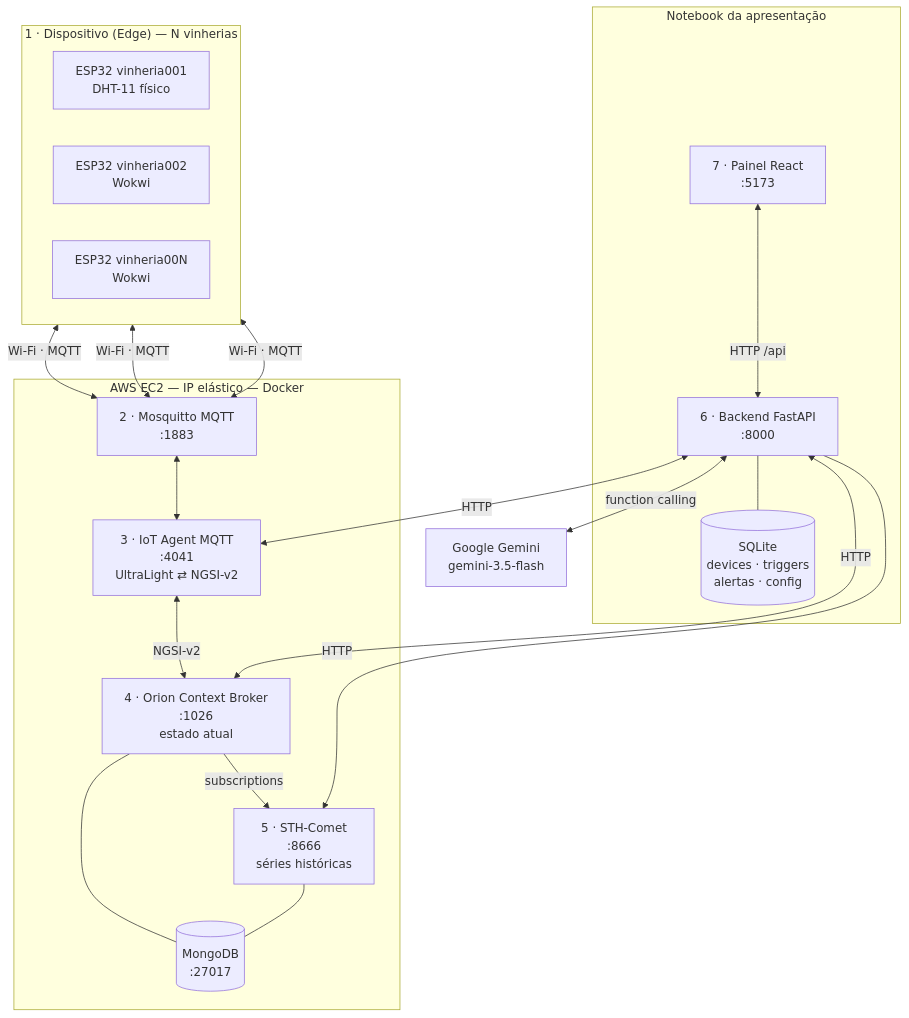
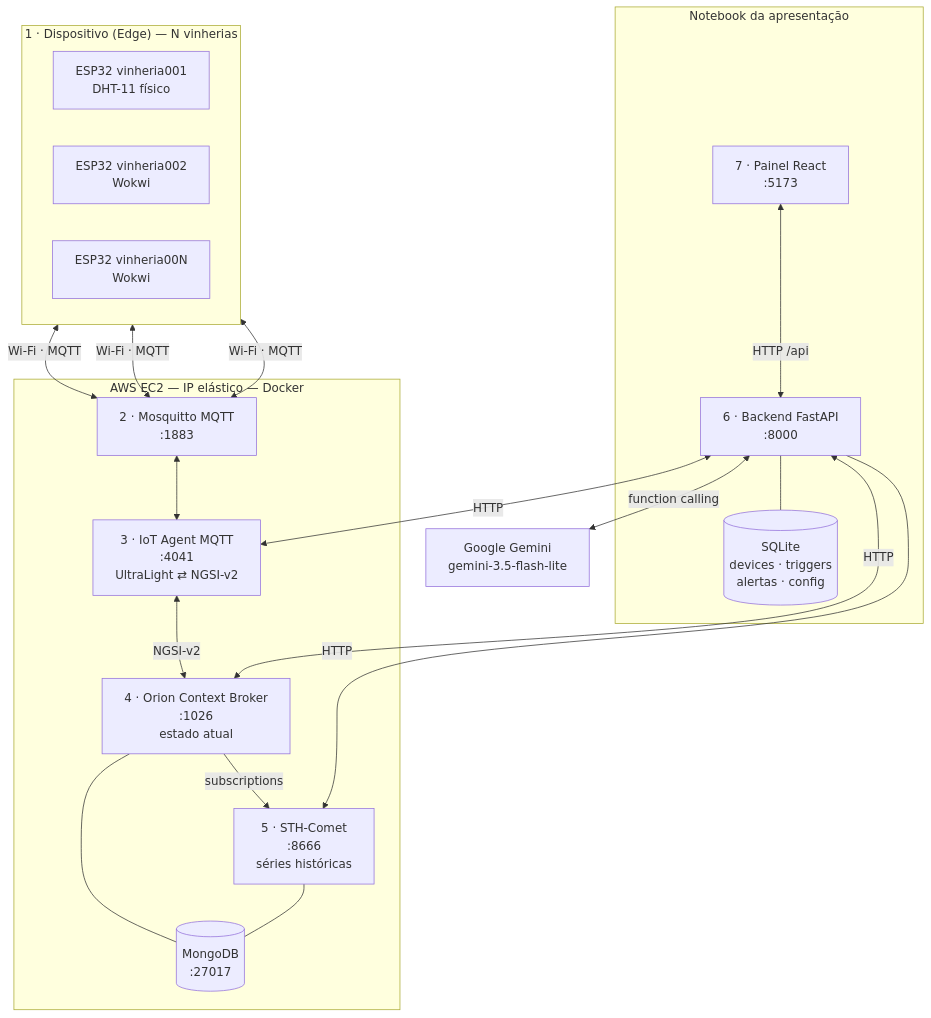
One commit to zackdevbr/Projeto-VinheriaFull changed the first of 7 diagrams in docs/arquitetura.md. Above: the diagram before and after it, drawn with Mermaid. The commit also changed 13 other files, not shown here.

Commit message:
feat: reduz tokens e requisicoes do chatbot e usa o gemini lite como padrao

````diff
--- a/docs/arquitetura.md
+++ b/docs/arquitetura.md
@@ -25,38 +25,38 @@
 ```mermaid
 flowchart TB
     subgraph EDGE["1 · Dispositivo (Edge) — N vinherias"]
         direction LR
         V1["ESP32 vinheria001<br/>DHT-11 físico"]
         V2["ESP32 vinheria002<br/>Wokwi"]
         VN["ESP32 vinheria00N<br/>Wokwi"]
     end
 
     subgraph EC2["AWS EC2 — IP elástico — Docker"]
         MQTT["2 · Mosquitto MQTT<br/>:1883"]
         IOTA["3 · IoT Agent MQTT<br/>:4041<br/>UltraLight ⇄ NGSI-v2"]
         ORION["4 · Orion Context Broker<br/>:1026<br/>estado atual"]
         MONGO[("MongoDB<br/>:27017")]
         STH["5 · STH-Comet<br/>:8666<br/>séries históricas"]
     end
 
     subgraph LOCAL["Notebook da apresentação"]
         API["6 · Backend FastAPI<br/>:8000"]
         DB[("SQLite<br/>devices · triggers<br/>alertas · config")]
         WEB["7 · Painel React<br/>:5173"]
     end
 
-    GEMINI["Google Gemini<br/>gemini-3.5-flash"]
+    GEMINI["Google Gemini<br/>gemini-3.5-flash-lite"]
 
     V1 & V2 & VN <-->|"Wi-Fi · MQTT"| MQTT
     MQTT <--> IOTA
     IOTA <-->|"NGSI-v2"| ORION
     ORION --- MONGO
     ORION -->|"subscriptions"| STH
     STH --- MONGO
     API <-->|"HTTP"| IOTA
     API <-->|"HTTP"| ORION
     API -->|"HTTP"| STH
     API --- DB
     API <-->|"function calling"| GEMINI
     WEB <-->|"HTTP /api"| API
 ```
````
